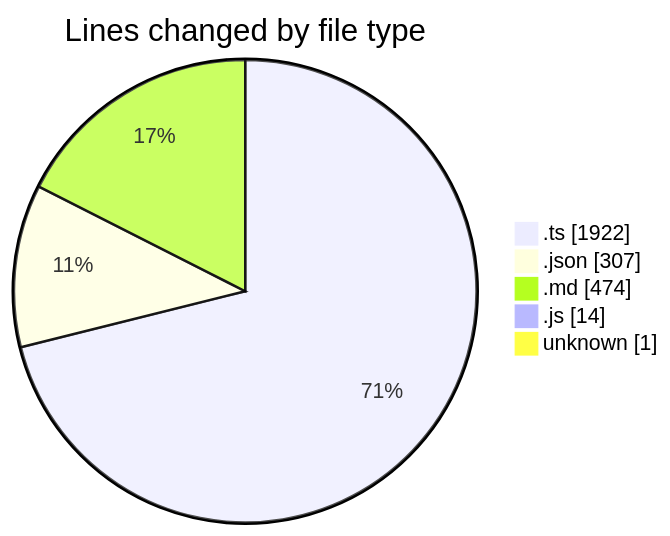
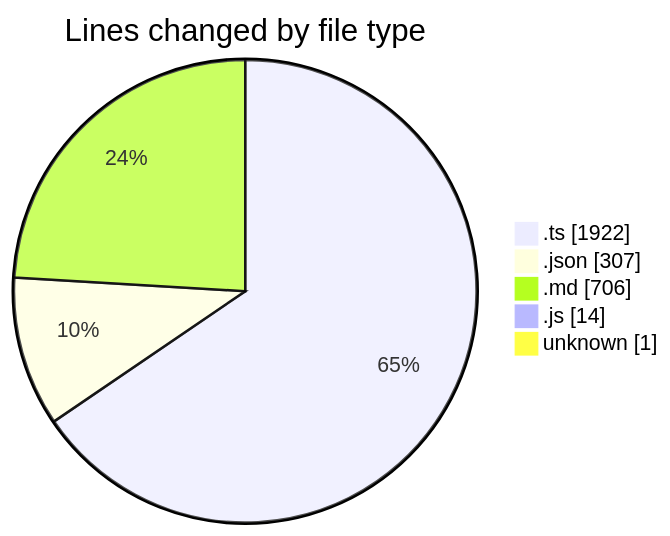
The first of 2 diagrams in 2025-01-03/my-code-activity-ext/README.md (ernivani/code-tracking), drawn with Mermaid before and after one commit. The commit also changed other lines of this file and 6 other files, not shown here.

````diff
--- a/2025-01-03/my-code-activity-ext/README.md
+++ b/2025-01-03/my-code-activity-ext/README.md
@@ -33,9 +33,9 @@
 ```mermaid
 pie showData
 title Lines changed by file type
 ".ts" : 1922
 ".json" : 307
-".md" : 474
+".md" : 706
 ".js" : 14
 "unknown" : 1
 ```
````
